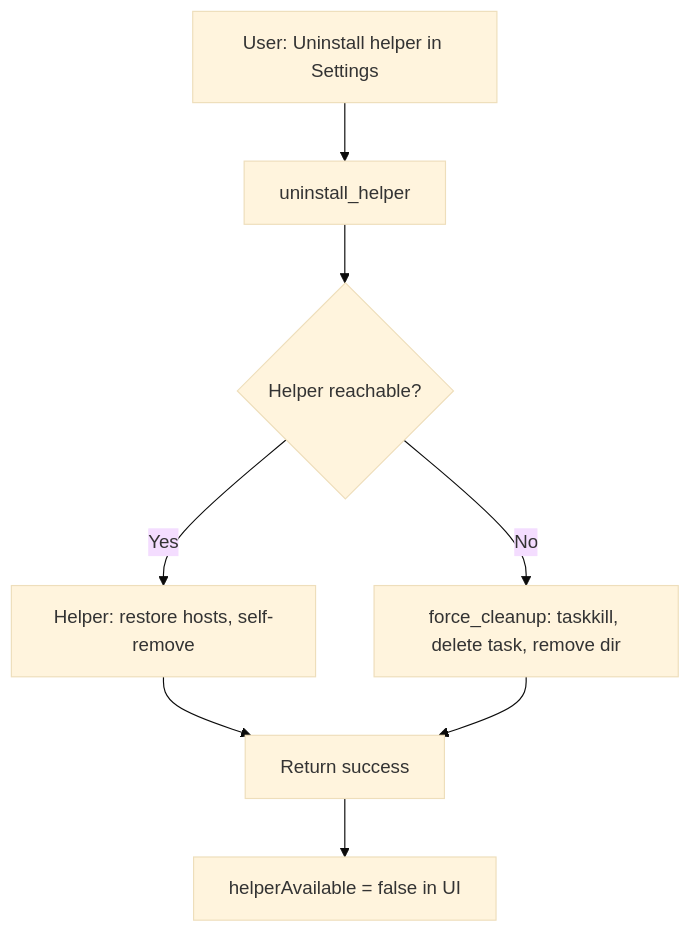
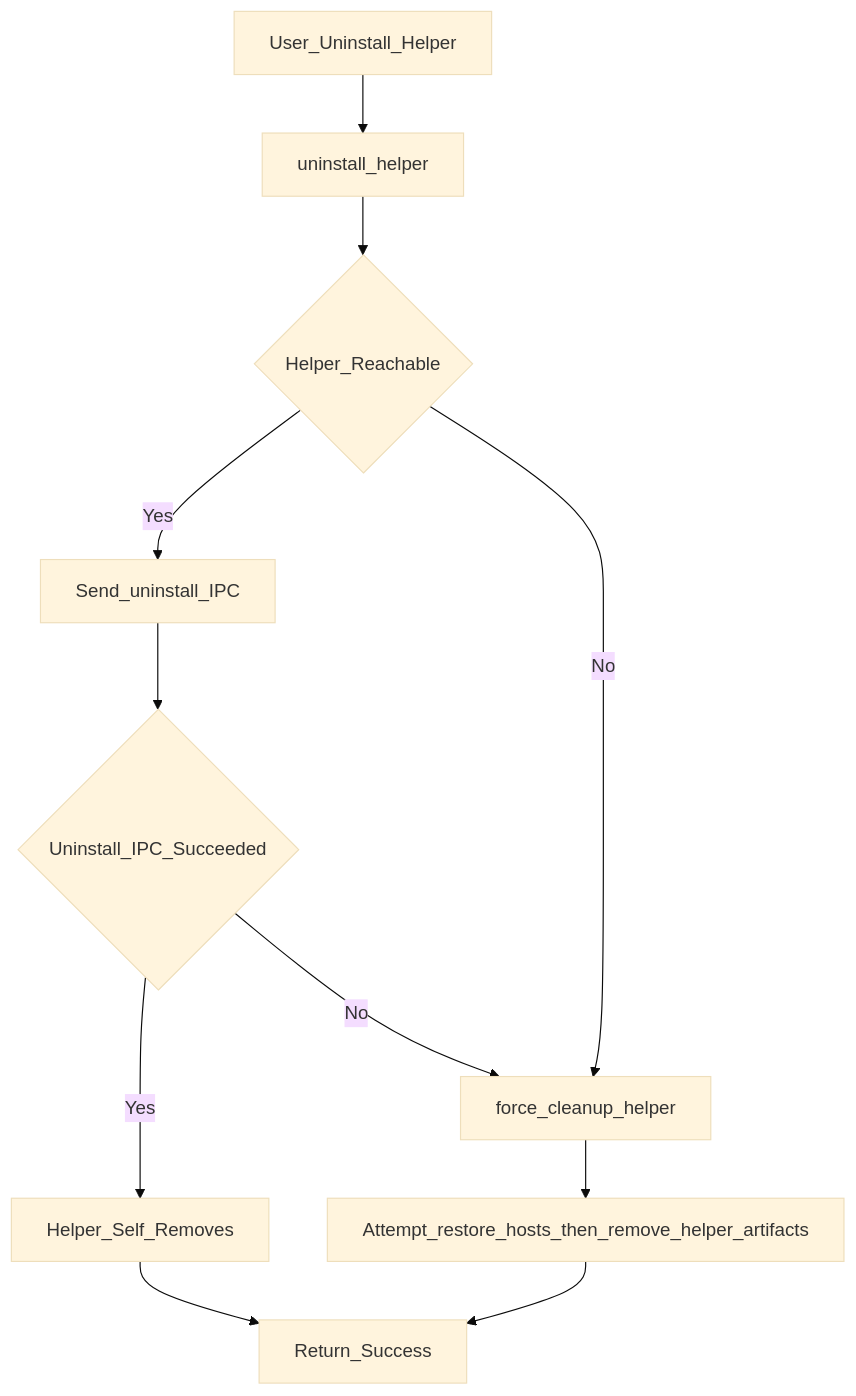
Diagram 11 of 13 in architecture.md (kasnder/redd-block), drawn with Mermaid (base theme) before and after one commit. The commit also changed other lines of this file, not shown here.

````diff
--- a/architecture.md
+++ b/architecture.md
@@ -545,10 +669,13 @@
 ```mermaid
 flowchart TD
-    A[User: Uninstall helper in Settings] --> B[uninstall_helper]
-    B --> C{Helper reachable?}
-    C -->|Yes| D[Helper: restore hosts, self-remove]
-    C -->|No| E[force_cleanup: taskkill, delete task, remove dir]
-    D --> F[Return success]
-    E --> F
-    F --> G[helperAvailable = false in UI]
+    A[User_Uninstall_Helper] --> B[uninstall_helper]
+    B --> C{Helper_Reachable}
+    C -->|Yes| D[Send_uninstall_IPC]
+    C -->|No| E[force_cleanup_helper]
+    D --> F{Uninstall_IPC_Succeeded}
+    F -->|Yes| G[Helper_Self_Removes]
+    F -->|No| E
+    E --> H[Attempt_restore_hosts_then_remove_helper_artifacts]
+    G --> I[Return_Success]
+    H --> I
 ```
````
